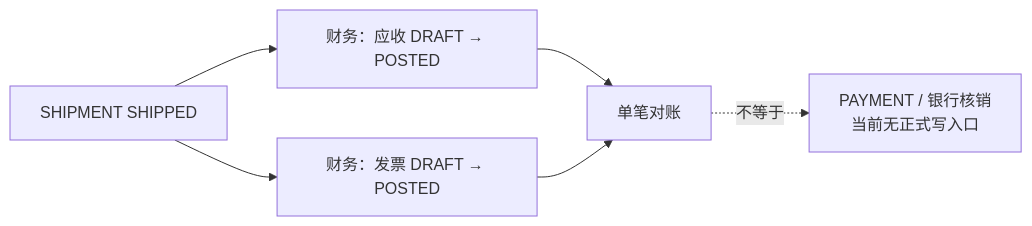
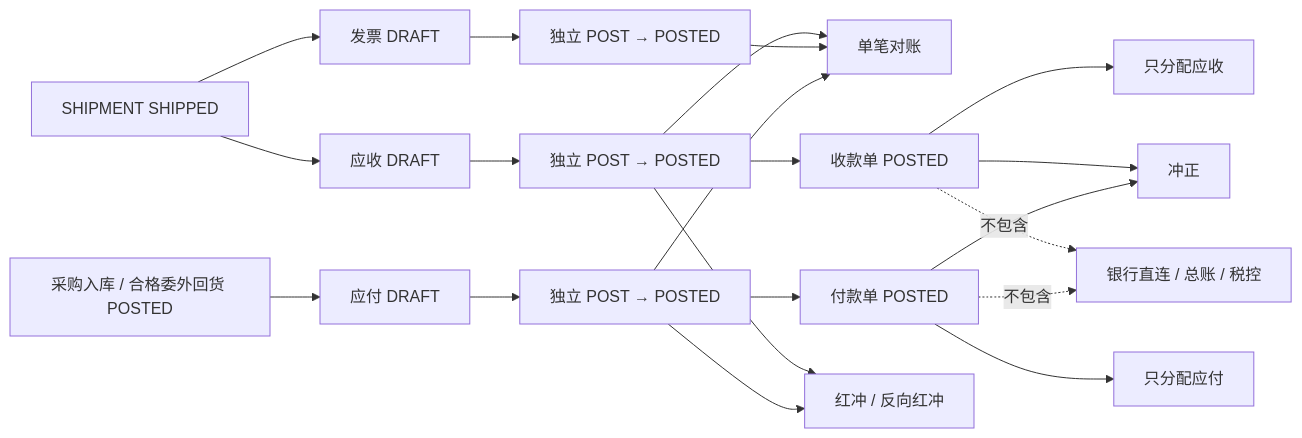
Diagram 13 of 17 in docs/customers/yoyoosun/角色能力与流程矩阵.md (saurick/plush-toy-erp), drawn with Mermaid before and after one commit. The commit also changed other lines of this file and 163 other files, not shown here.

````diff
--- a/docs/customers/yoyoosun/角色能力与流程矩阵.md
+++ b/docs/customers/yoyoosun/角色能力与流程矩阵.md
@@ -705,8 +711,17 @@
 ```mermaid
 flowchart LR
-  shipped["SHIPMENT SHIPPED"] --> ar["财务：应收 DRAFT → POSTED"]
-  shipped --> invoice["财务：发票 DRAFT → POSTED"]
+  shipped["SHIPMENT SHIPPED"] --> arDraft["应收 DRAFT"] --> ar["独立 POST → POSTED"]
+  shipped --> invoiceDraft["发票 DRAFT"] --> invoice["独立 POST → POSTED"]
+  payableSource["采购入库 / 合格委外回货 POSTED"] --> apDraft["应付 DRAFT"] --> ap["独立 POST → POSTED"]
   ar --> recon["单笔对账"]
   invoice --> recon
-  recon -. "不等于" .-> payment["PAYMENT / 银行核销<br/>当前无正式写入口"]
+  ap --> recon
+  ar --> receipt["收款单 POSTED"] --> arAllocation["只分配应收"]
+  ap --> disbursement["付款单 POSTED"] --> apAllocation["只分配应付"]
+  receipt --> reversal["冲正"]
+  disbursement --> reversal
+  ar --> credit["红冲 / 反向红冲"]
+  ap --> credit
+  receipt -. "不包含" .-> bank["银行直连 / 总账 / 税控"]
+  disbursement -. "不包含" .-> bank
 ```
````
